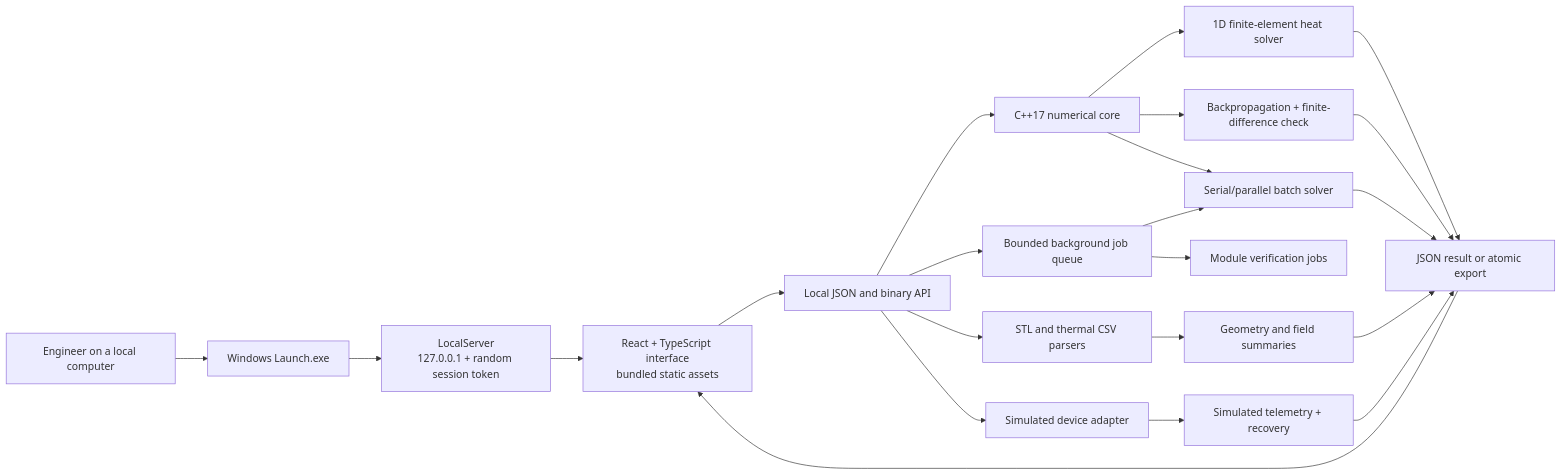
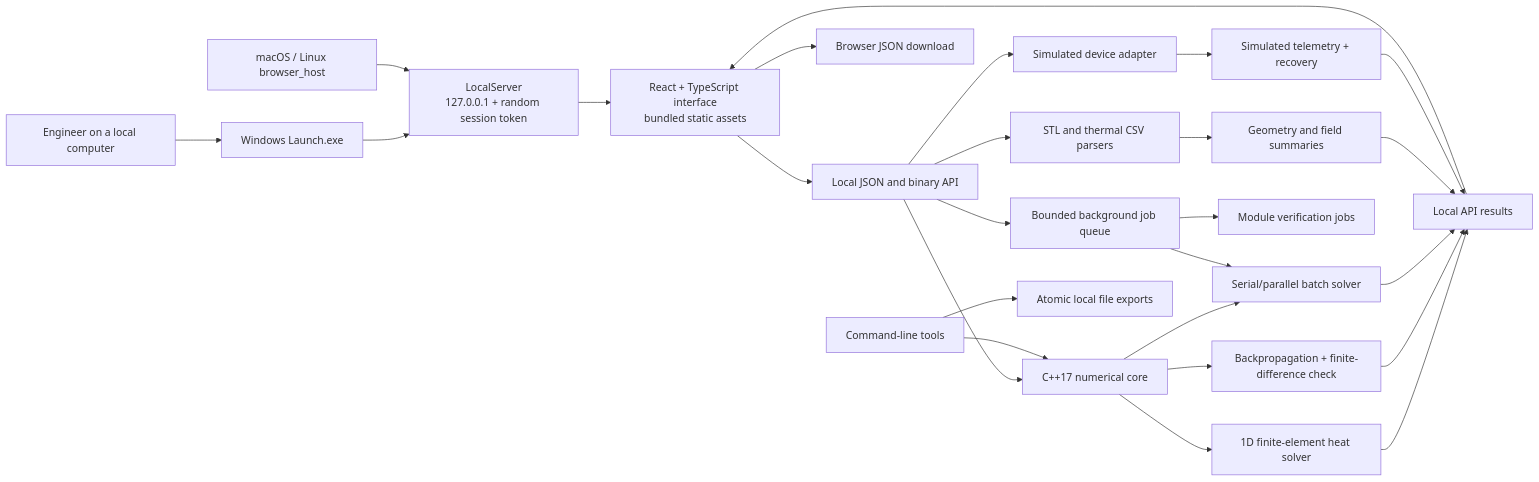
Before and after one commit to tulasiram2005/thermal-atlas-workbench: the first of 3 diagrams in docs/ARCHITECTURE.md, drawn with Mermaid. The commit also changed other lines of this file and 1 other file, not shown here.

Commit message:
docs: show architecture diagram in README

````diff
--- a/docs/ARCHITECTURE.md
+++ b/docs/ARCHITECTURE.md
@@ -9,24 +9,28 @@
 ```mermaid
 flowchart LR
     User[Engineer on a local computer] --> Launcher[Windows Launch.exe]
-    Launcher --> Server[LocalServer\n127.0.0.1 + random session token]
-    Server --> UI[React + TypeScript interface\nbundled static assets]
+    Launcher --> Server["LocalServer<br/>127.0.0.1 + random session token"]
+    Host["macOS / Linux browser_host"] --> Server
+    Server --> UI["React + TypeScript interface<br/>bundled static assets"]
     UI --> API[Local JSON and binary API]
     API --> Numerics[C++17 numerical core]
     API --> Jobs[Bounded background job queue]
     API --> Parsers[STL and thermal CSV parsers]
     API --> Hardware[Simulated device adapter]
     Numerics --> FEA[1D finite-element heat solver]
     Numerics --> Backprop[Backpropagation + finite-difference check]
     Numerics --> Batch[Serial/parallel batch solver]
     Jobs --> Batch
     Jobs --> Verify[Module verification jobs]
     Parsers --> Geometry[Geometry and field summaries]
     Hardware --> Telemetry[Simulated telemetry + recovery]
-    FEA --> Results[JSON result or atomic export]
+    FEA --> Results["Local API results"]
     Backprop --> Results
     Batch --> Results
     Geometry --> Results
     Telemetry --> Results
     Results --> UI
+    UI --> Download["Browser JSON download"]
+    CLI["Command-line tools"] --> Numerics
+    CLI --> Export["Atomic local file exports"]
 ```
````
